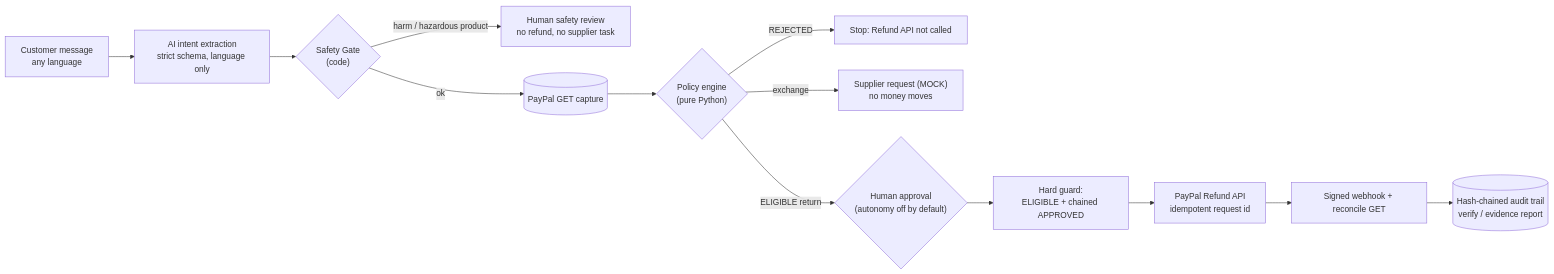
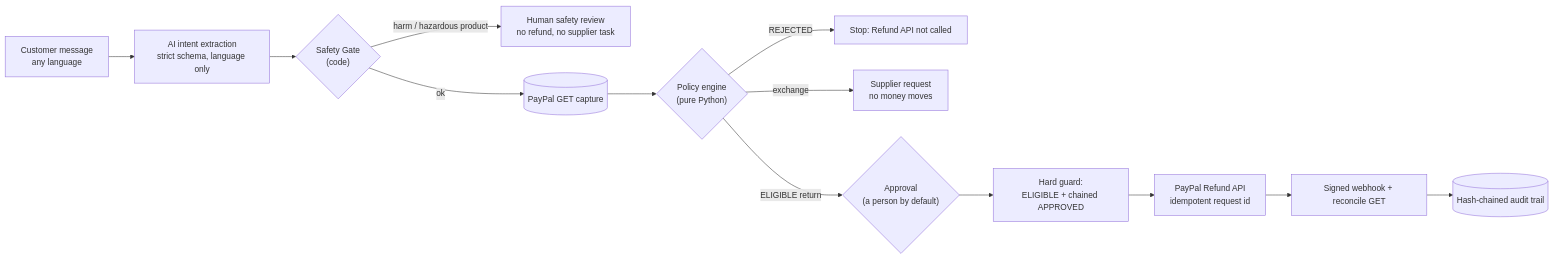
The diagram in README.md (Fu93/tradeos), drawn with Mermaid before and after one commit. The commit also changed other lines of this file and 9 other files, not shown here.

````diff
--- a/README.md
+++ b/README.md
@@ -43,15 +30,15 @@
 ```mermaid
 flowchart LR
   C[Customer message<br/>any language] --> AI["AI intent extraction<br/>strict schema, language only"]
   AI --> SG{"Safety Gate<br/>(code)"}
   SG -- "harm / hazardous product" --> HS["Human safety review<br/>no refund, no supplier task"]
   SG -- ok --> PP[("PayPal GET capture")]
   PP --> POL{"Policy engine<br/>(pure Python)"}
   POL -- REJECTED --> STOP["Stop: Refund API not called"]
-  POL -- "exchange" --> SUP["Supplier request (MOCK)<br/>no money moves"]
-  POL -- "ELIGIBLE return" --> APP{"Human approval<br/>(autonomy off by default)"}
+  POL -- "exchange" --> SUP["Supplier request<br/>no money moves"]
+  POL -- "ELIGIBLE return" --> APP{"Approval<br/>(a person by default)"}
   APP --> G["Hard guard:<br/>ELIGIBLE + chained APPROVED"]
   G --> RF["PayPal Refund API<br/>idempotent request id"]
   RF --> WH["Signed webhook + reconcile GET"]
-  WH --> AUD[("Hash-chained audit trail<br/>verify / evidence report")]
+  WH --> AUD[("Hash-chained audit trail")]
 ```
````
